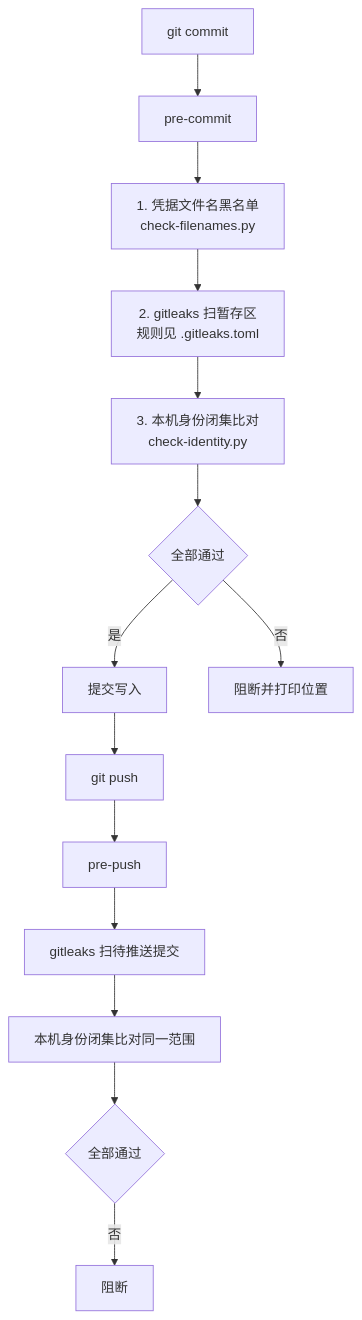
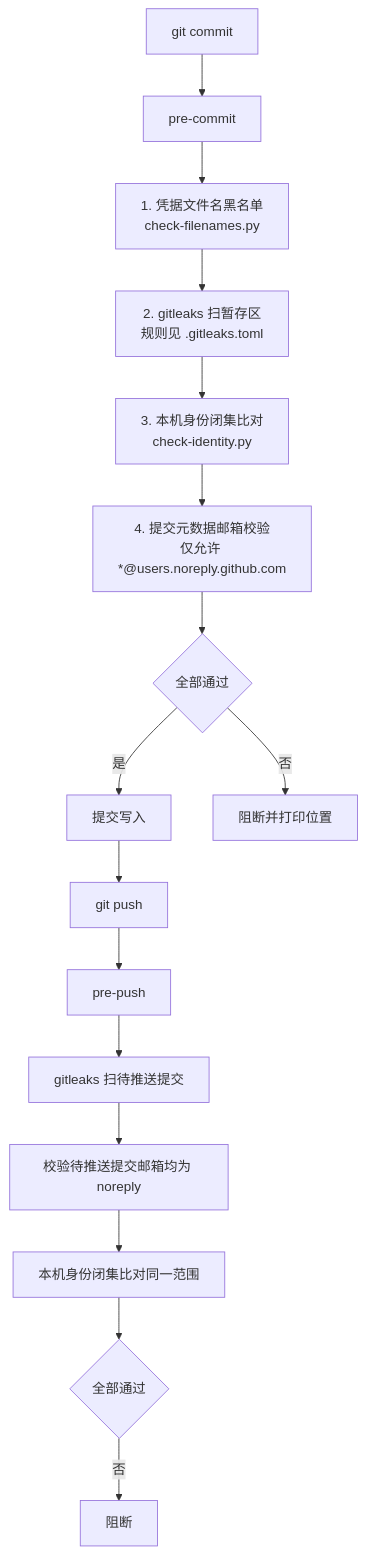
Before and after one commit to wenzetan/chatdsh: the diagram in runtime/docs/secret-guard.md, drawn with Mermaid. The commit also changed other lines of this file and 2 other files, not shown here.

Commit message:
🔒 security(hooks): 增加提交与推送阶段的 noreply 邮箱元数据校验 / enforce GitHub noreply commit metadata in pre-commit and pre-push hooks
在 pre-commit 与 pre-push 钩子中新增作者与提交者邮箱校验，拒绝非 GitHub noreply 邮箱进入提交或推送；同时修正 pre-push 在多分支推送或历史重写后远端基线缺失时的扫描范围处理，并更新隐私防护文档。

Add author and committer GitHub noreply email validation to pre-commit and pre-push hooks, fix pre-push range handling across multiple refs and rewritten histories, and update the secret-guard documentation.

````diff
--- a/runtime/docs/secret-guard.md
+++ b/runtime/docs/secret-guard.md
@@ -24,16 +24,18 @@
 ```mermaid
 flowchart TD
   A["git commit"] --> B["pre-commit"]
   B --> B1["1. 凭据文件名黑名单<br/>check-filenames.py"]
   B1 --> B2["2. gitleaks 扫暂存区<br/>规则见 .gitleaks.toml"]
   B2 --> B3["3. 本机身份闭集比对<br/>check-identity.py"]
-  B3 --> C{"全部通过"}
+  B3 --> B4["4. 提交元数据邮箱校验<br/>仅允许 *@users.noreply.github.com"]
+  B4 --> C{"全部通过"}
   C -->|是| D["提交写入"]
   C -->|否| E["阻断并打印位置"]
   D --> F["git push"]
   F --> G["pre-push"]
   G --> G1["gitleaks 扫待推送提交"]
-  G1 --> G2["本机身份闭集比对同一范围"]
-  G2 --> H{"全部通过"}
+  G1 --> G2["校验待推送提交邮箱均为 noreply"]
+  G2 --> G3["本机身份闭集比对同一范围"]
+  G3 --> H{"全部通过"}
   H -->|否| I["阻断"]
 ```
````
